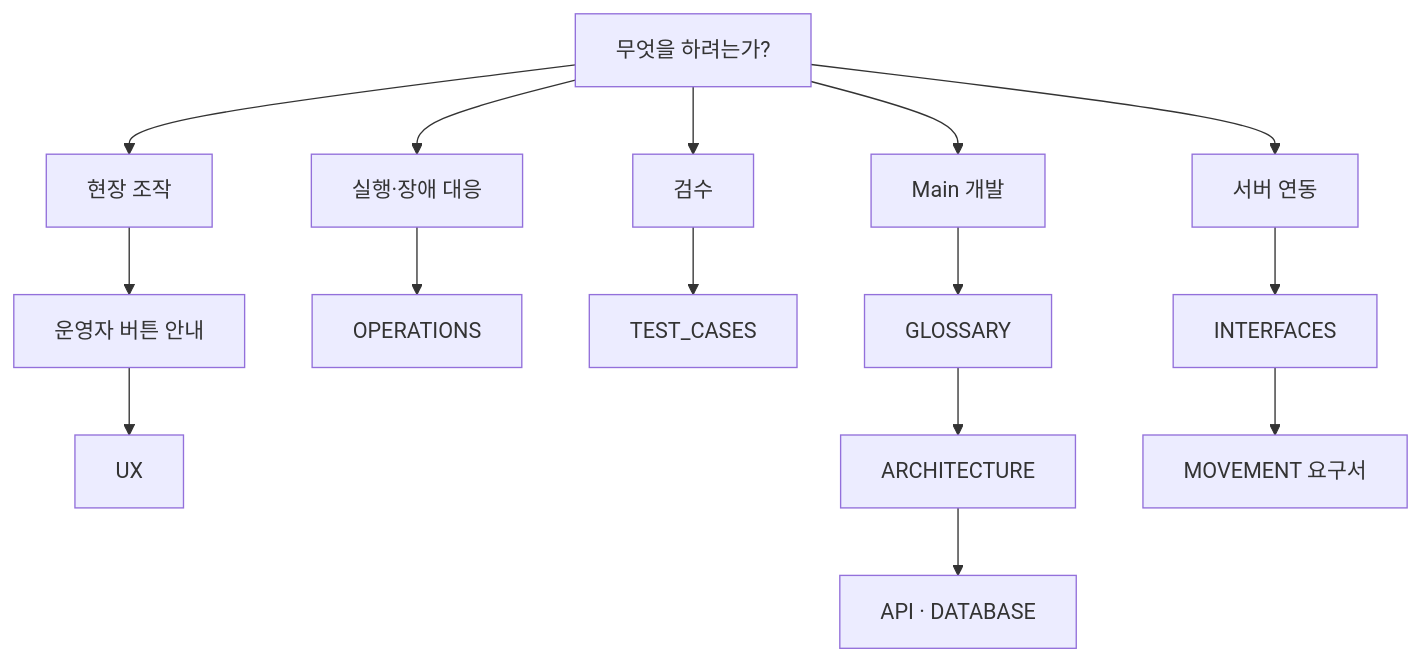
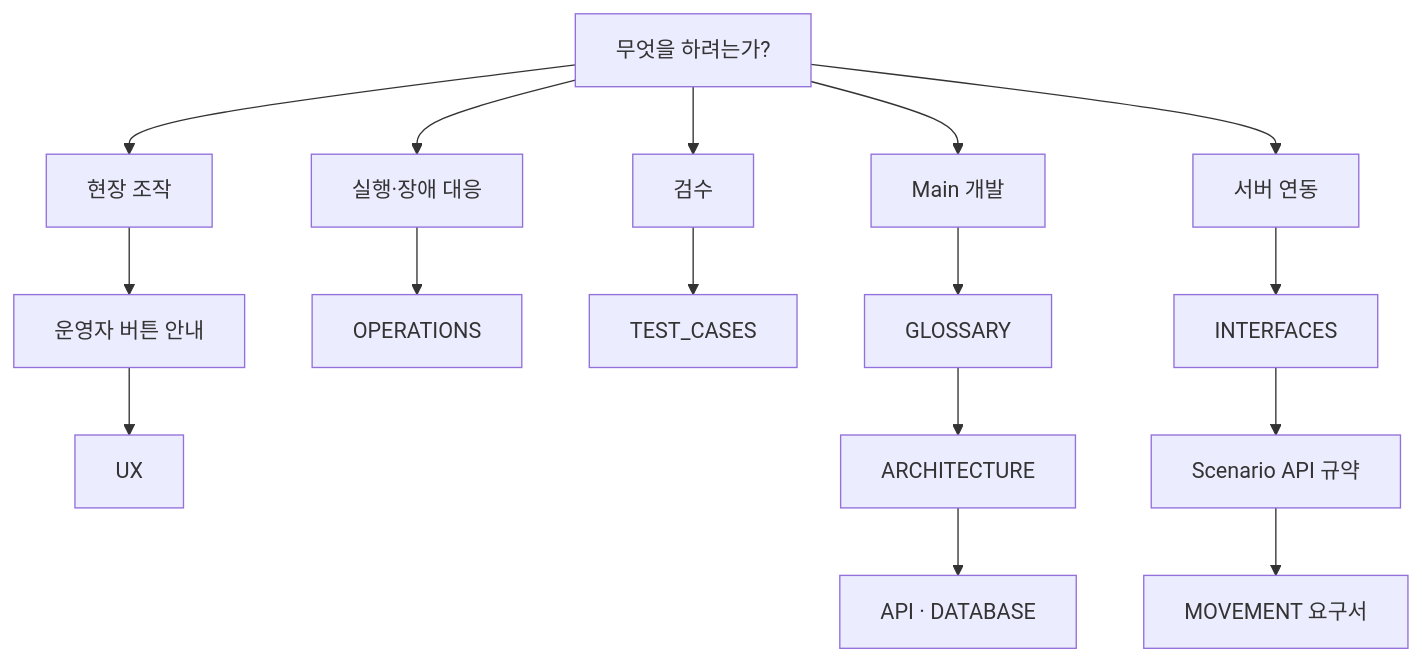
The diagram in main_server/docs/README.md (eduwing-robotics/ros2-ai-amr-repo3), drawn with Mermaid before and after one commit. The commit also changed other lines of this file and 31 other files, not shown here.

Commit message:
feat(main): adopt movement scenario api v1

````diff
--- a/main_server/docs/README.md
+++ b/main_server/docs/README.md
@@ -32,18 +33,19 @@
 ```mermaid
 flowchart TD
   Start[무엇을 하려는가?]
   Start --> Operate[현장 조작]
   Start --> Deploy[실행·장애 대응]
   Start --> Verify[검수]
   Start --> Build[Main 개발]
   Start --> Integrate[서버 연동]
   Operate --> Buttons[운영자 버튼 안내]
   Buttons --> UX[UX]
   Deploy --> Ops[OPERATIONS]
   Verify --> Tests[TEST_CASES]
   Build --> Glossary[GLOSSARY]
   Glossary --> Architecture[ARCHITECTURE]
   Architecture --> API[API · DATABASE]
   Integrate --> Interfaces[INTERFACES]
-  Interfaces --> Movement[MOVEMENT 요구서]
+  Interfaces --> Scenario[Scenario API 규약]
+  Scenario --> Movement[MOVEMENT 요구서]
 ```
````
